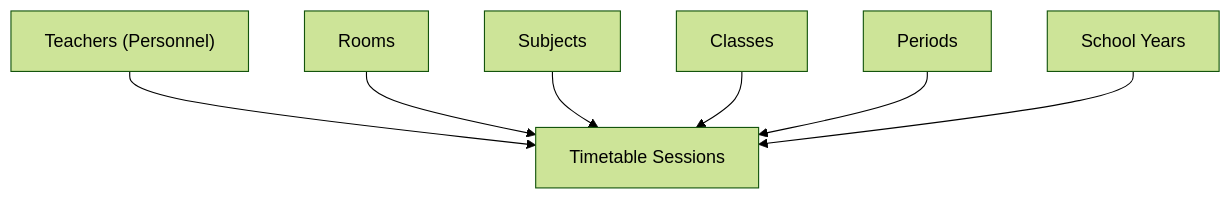
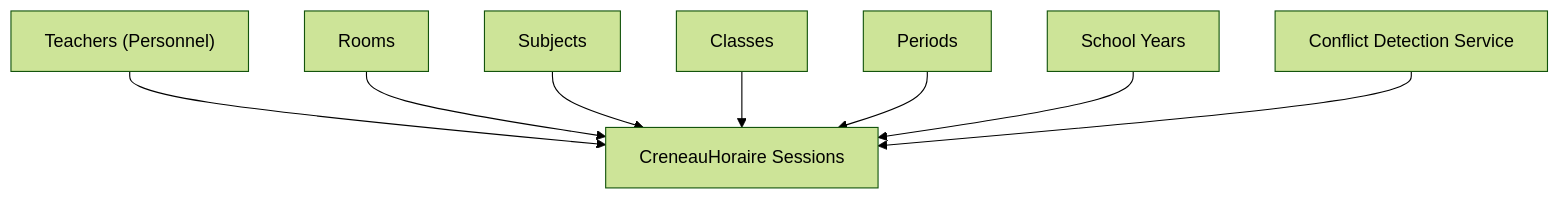
The tenth of 11 diagrams in .qoder/repowiki/en/content/Academic Management System/Class & Schedule Management/Timetable Creation & Scheduling.md (franckylab/eLISAschool), drawn with Mermaid (forest theme) before and after one commit. The commit also changed other lines of this file and 455 other files, not shown here.

````diff
--- a/.qoder/repowiki/en/content/Academic Management System/Class & Schedule Management/Timetable Creation & Scheduling.md
+++ b/.qoder/repowiki/en/content/Academic Management System/Class & Schedule Management/Timetable Creation & Scheduling.md
@@ -511,9 +617,10 @@
 ```mermaid
 graph TB
-T["Teachers (Personnel)"] --> TS["Timetable Sessions"]
+T["Teachers (Personnel)"] --> TS["CreneauHoraire Sessions"]
 R["Rooms"] --> TS
 S["Subjects"] --> TS
 C["Classes"] --> TS
 P["Periods"] --> TS
 Y["School Years"] --> TS
+CD["Conflict Detection Service"] --> TS
 ```
````
